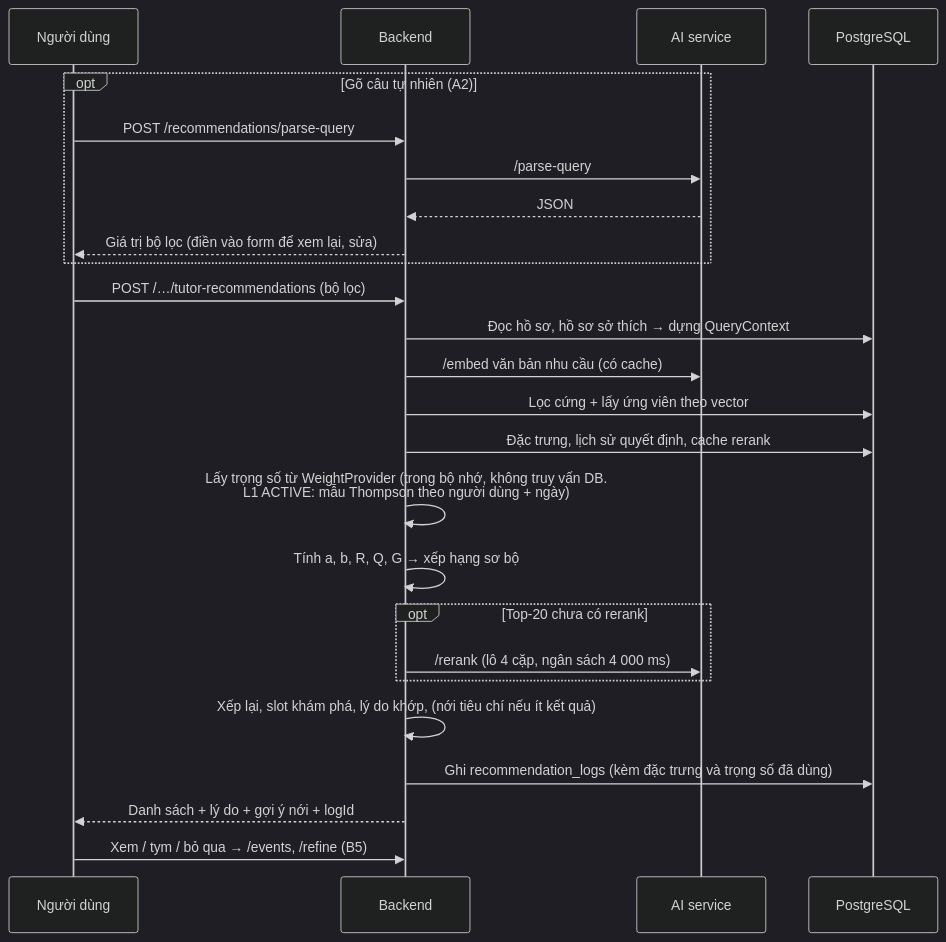
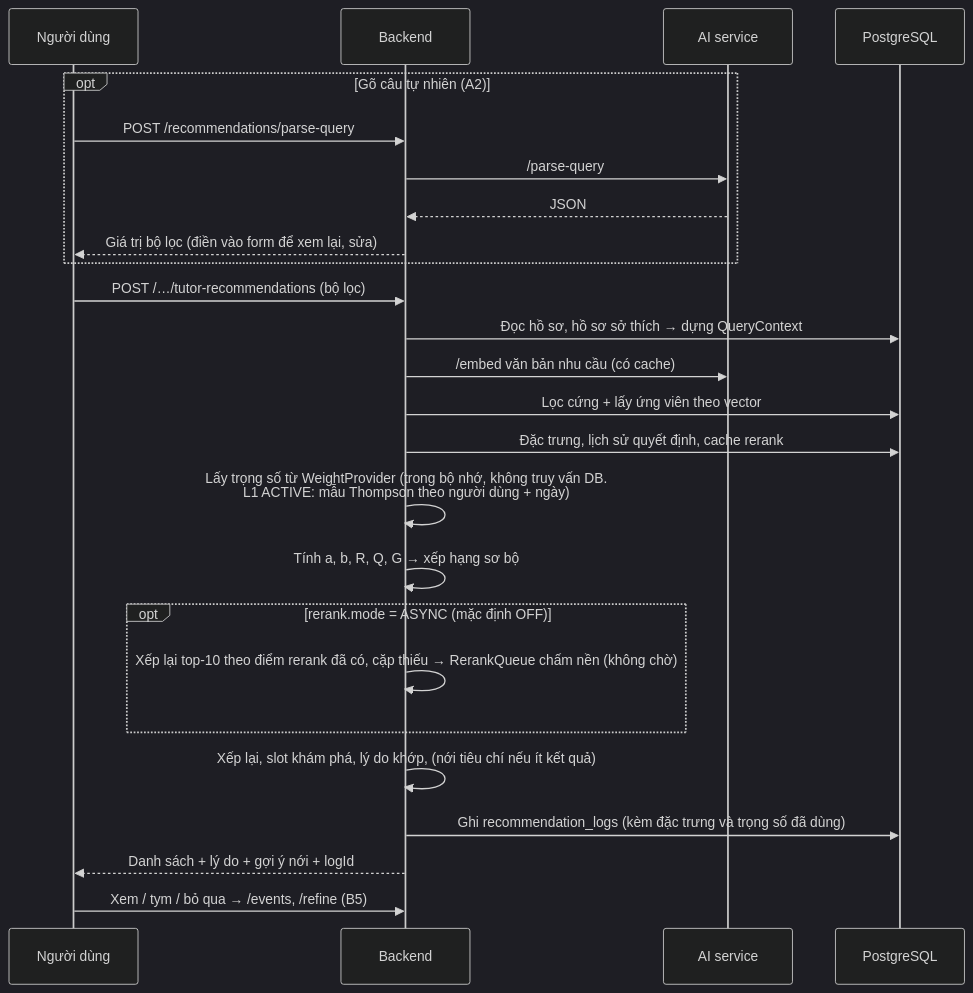
The second of 3 diagrams in docs/recommendation/02-kien-truc.md (Vankheeng/ptutor), drawn with Mermaid (dark theme) before and after one commit. The commit also changed other lines of this file and 7 other files, not shown here.

Commit message:
docs(recommendation): rerank off, geometric reciprocal and new congestion in 00, 02, 06, 10, 11, 12, 13

````diff
--- a/docs/recommendation/02-kien-truc.md
+++ b/docs/recommendation/02-kien-truc.md
@@ -117,28 +117,28 @@
 ```mermaid
 sequenceDiagram
     participant U as Người dùng
     participant API as Backend
     participant AI as AI service
     participant DB as PostgreSQL
 
     opt Gõ câu tự nhiên (A2)
         U->>API: POST /recommendations/parse-query
         API->>AI: /parse-query
         AI-->>API: JSON
         API-->>U: Giá trị bộ lọc (điền vào form để xem lại, sửa)
     end
     U->>API: POST /…/tutor-recommendations (bộ lọc)
     API->>DB: Đọc hồ sơ, hồ sơ sở thích → dựng QueryContext
     API->>AI: /embed văn bản nhu cầu (có cache)
     API->>DB: Lọc cứng + lấy ứng viên theo vector
     API->>DB: Đặc trưng, lịch sử quyết định, cache rerank
     API->>API: Lấy trọng số từ WeightProvider (trong bộ nhớ, không truy vấn DB.<br/>L1 ACTIVE: mẫu Thompson theo người dùng + ngày)
     API->>API: Tính a, b, R, Q, G → xếp hạng sơ bộ
-    opt Top-20 chưa có rerank
-        API->>AI: /rerank (lô 4 cặp, ngân sách 4 000 ms)
+    opt rerank.mode = ASYNC (mặc định OFF)
+        API->>API: Xếp lại top-10 theo điểm rerank đã có, cặp thiếu → RerankQueue chấm nền (không chờ)
     end
     API->>API: Xếp lại, slot khám phá, lý do khớp, (nới tiêu chí nếu ít kết quả)
     API->>DB: Ghi recommendation_logs (kèm đặc trưng và trọng số đã dùng)
     API-->>U: Danh sách + lý do + gợi ý nới + logId
     U->>API: Xem / tym / bỏ qua → /events, /refine (B5)
 ```
````
